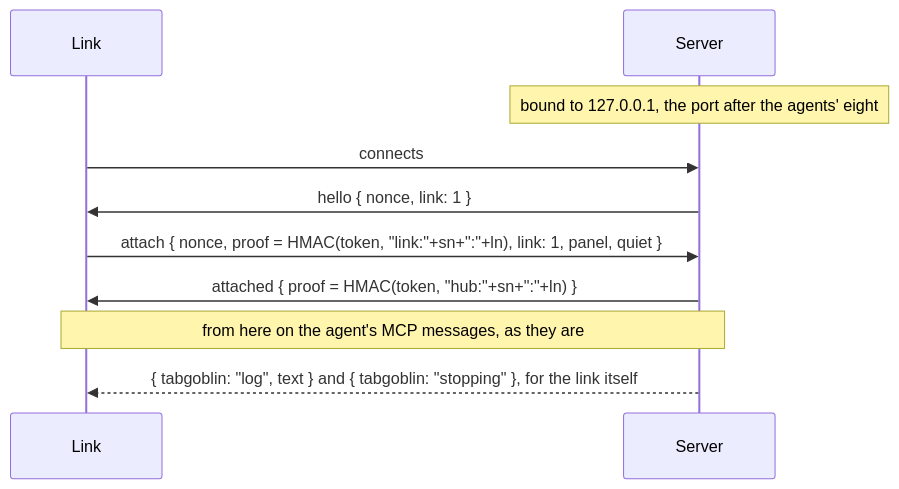
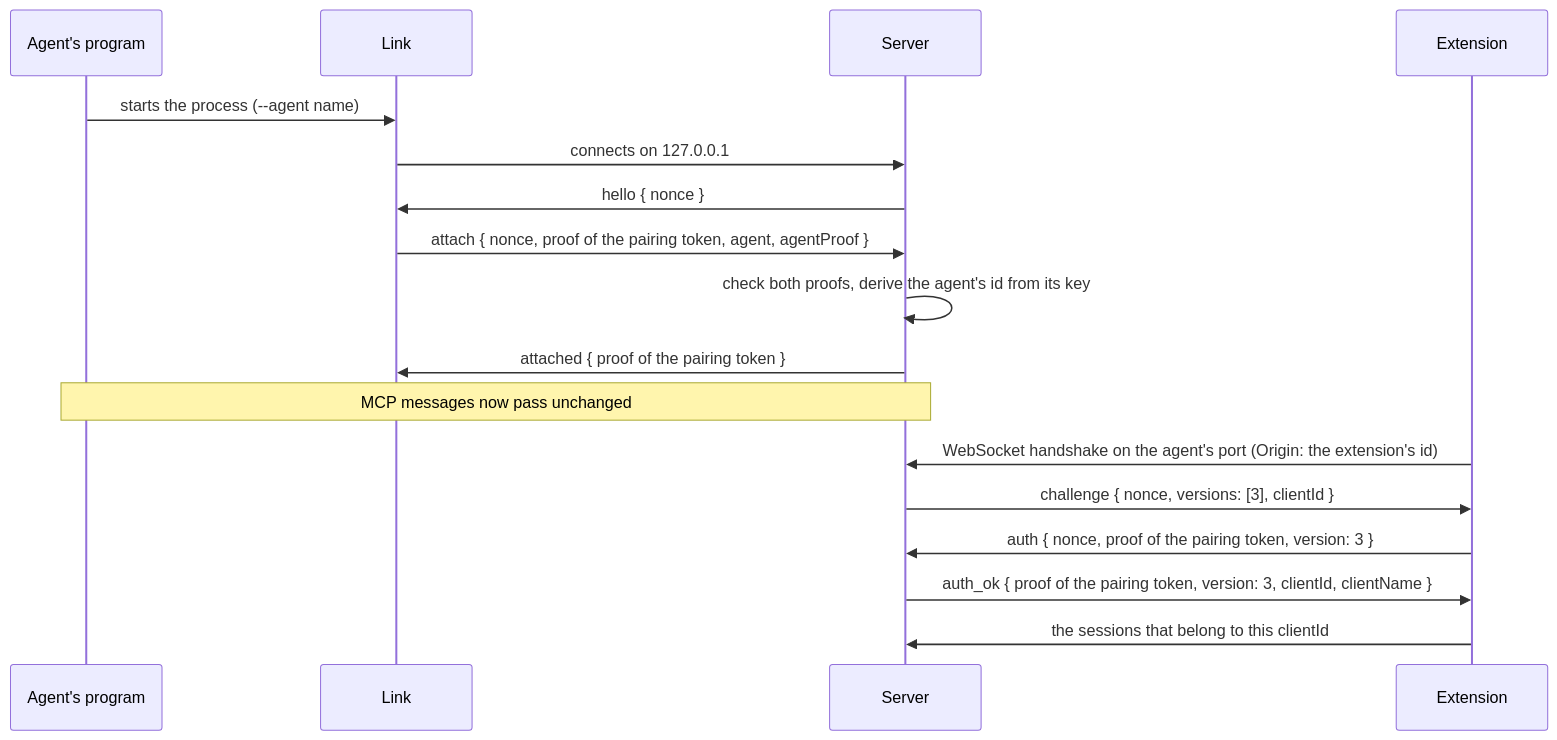
One commit to LaughingManCommits/TabGoblin changed the second of 7 diagrams in docs/architecture.md. Above: the diagram before and after it, drawn with Mermaid. The commit also changed other lines of this file and 24 other files, not shown here.

````diff
--- a/docs/architecture.md
+++ b/docs/architecture.md
@@ -68,12 +108,19 @@
 ```mermaid
 sequenceDiagram
+  participant A as Agent's program
   participant L as Link
   participant S as Server
-  Note over S: bound to 127.0.0.1, the port after the agents' eight
-  L->>S: connects
-  S->>L: hello { nonce, link: 1 }
-  L->>S: attach { nonce, proof = HMAC(token, "link:"+sn+":"+ln), link: 1, panel, quiet }
-  S->>L: attached { proof = HMAC(token, "hub:"+sn+":"+ln) }
-  Note over L,S: from here on the agent's MCP messages, as they are
-  S-->>L: { tabgoblin: "log", text } and { tabgoblin: "stopping" }, for the link itself
+  participant E as Extension
+  A->>L: starts the process (--agent name)
+  L->>S: connects on 127.0.0.1
+  S->>L: hello { nonce }
+  L->>S: attach { nonce, proof of the pairing token, agent, agentProof }
+  S->>S: check both proofs, derive the agent's id from its key
+  S->>L: attached { proof of the pairing token }
+  Note over A,S: MCP messages now pass unchanged
+  E->>S: WebSocket handshake on the agent's port (Origin: the extension's id)
+  S->>E: challenge { nonce, versions: [3], clientId }
+  E->>S: auth { nonce, proof of the pairing token, version: 3 }
+  S->>E: auth_ok { proof of the pairing token, version: 3, clientId, clientName }
+  E->>S: the sessions that belong to this clientId
 ```
````
